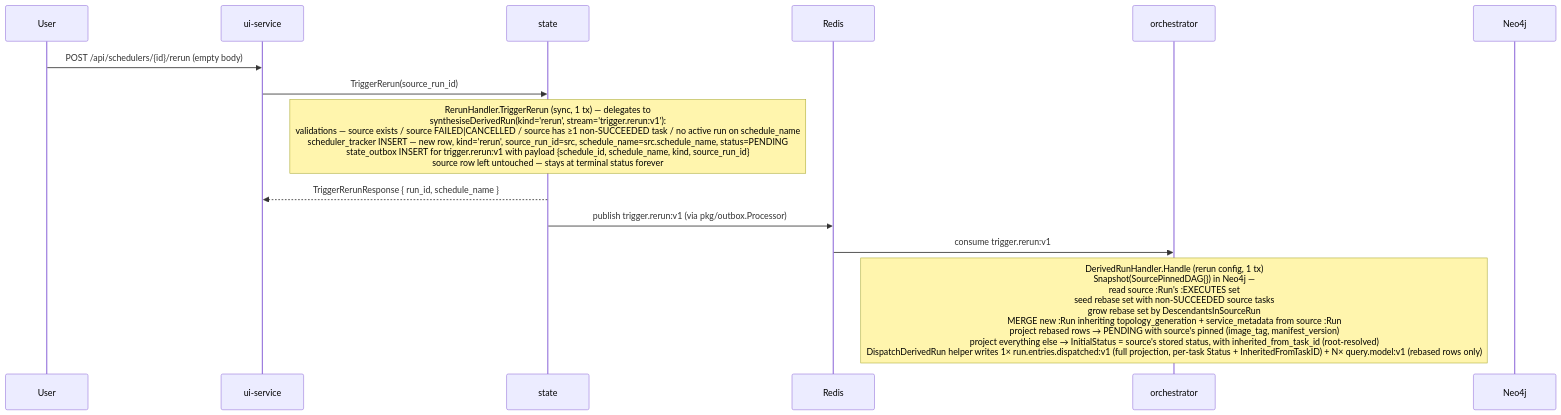
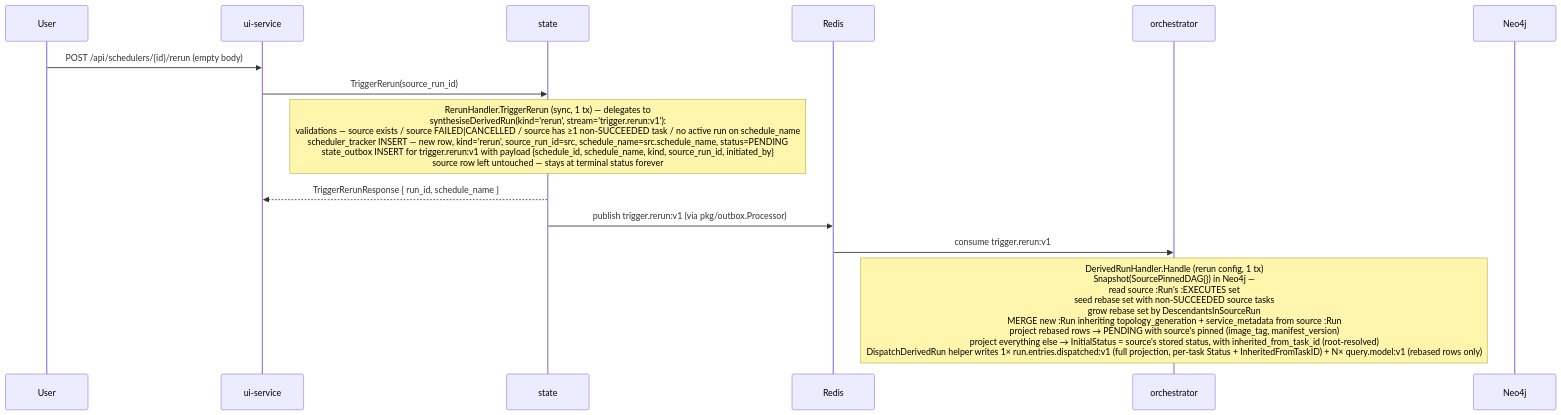
The fourth of 12 diagrams in docs/arch/03-sequence-flows.md (carolsimone/continuo), drawn with Mermaid before and after one commit. The commit also changed other lines of this file and 72 other files, not shown here.

````diff
--- a/docs/arch/03-sequence-flows.md
+++ b/docs/arch/03-sequence-flows.md
@@ -126,19 +126,19 @@
 ```mermaid
 sequenceDiagram
   participant U as User
   participant UI as ui-service
   participant ST as state
   participant R as Redis
   participant OR as orchestrator
   participant N4 as Neo4j
 
   U->>UI: POST /api/schedulers/{id}/rerun (empty body)
   UI->>ST: TriggerRerun(source_run_id)
-  Note over ST: RerunHandler.TriggerRerun (sync, 1 tx) — delegates to<br/>synthesiseDerivedRun(kind='rerun', stream='trigger.rerun:v1'):<br/>validations — source exists / source FAILED|CANCELLED / source has ≥1 non-SUCCEEDED task / no active run on schedule_name<br/>scheduler_tracker INSERT — new row, kind='rerun', source_run_id=src, schedule_name=src.schedule_name, status=PENDING<br/>state_outbox INSERT for trigger.rerun:v1 with payload {schedule_id, schedule_name, kind, source_run_id}<br/>source row left untouched — stays at terminal status forever
+  Note over ST: RerunHandler.TriggerRerun (sync, 1 tx) — delegates to<br/>synthesiseDerivedRun(kind='rerun', stream='trigger.rerun:v1'):<br/>validations — source exists / source FAILED|CANCELLED / source has ≥1 non-SUCCEEDED task / no active run on schedule_name<br/>scheduler_tracker INSERT — new row, kind='rerun', source_run_id=src, schedule_name=src.schedule_name, status=PENDING<br/>state_outbox INSERT for trigger.rerun:v1 with payload {schedule_id, schedule_name, kind, source_run_id, initiated_by}<br/>source row left untouched — stays at terminal status forever
   ST-->>UI: TriggerRerunResponse { run_id, schedule_name }
 
   ST->>R: publish trigger.rerun:v1 (via pkg/outbox.Processor)
 
   R->>OR: consume trigger.rerun:v1
   Note over OR: DerivedRunHandler.Handle (rerun config, 1 tx)<br/>Snapshot(SourcePinnedDAG{}) in Neo4j —<br/>  read source :Run's :EXECUTES set<br/>  seed rebase set with non-SUCCEEDED source tasks<br/>  grow rebase set by DescendantsInSourceRun<br/>  MERGE new :Run inheriting topology_generation + service_metadata from source :Run<br/>  project rebased rows → PENDING with source's pinned (image_tag, manifest_version)<br/>  project everything else → InitialStatus = source's stored status, with inherited_from_task_id (root-resolved)<br/>DispatchDerivedRun helper writes 1× run.entries.dispatched:v1 (full projection, per-task Status + InheritedFromTaskID) + N× query.model:v1 (rebased rows only)
 ```
````
